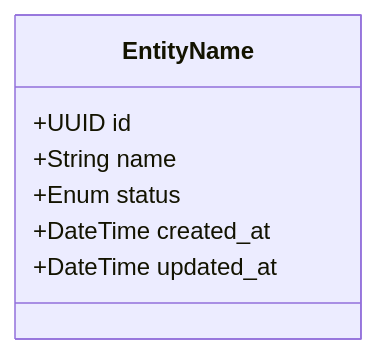
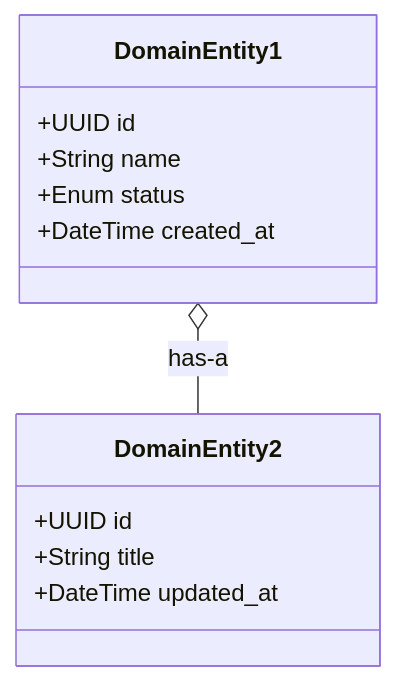
Before and after one commit to Gzaa19/Telaah: the first of 4 diagrams in .specify/presets/iconix-preset/templates/plan-template.md, drawn with Mermaid. The commit also changed other lines of this file and 11 other files, not shown here.

Commit message:
docs(iconix): align constitution, preset templates, and specs 001-004 diagrams

````diff
--- a/.specify/presets/iconix-preset/templates/plan-template.md
+++ b/.specify/presets/iconix-preset/templates/plan-template.md
@@ -24,10 +27,15 @@
 ```mermaid
 classDiagram
-    class EntityName {
+    class DomainEntity1 {
         +UUID id
         +String name
         +Enum status
         +DateTime created_at
+    }
+    class DomainEntity2 {
+        +UUID id
+        +String title
         +DateTime updated_at
     }
+    DomainEntity1 o-- DomainEntity2 : has-a
 ```
````
